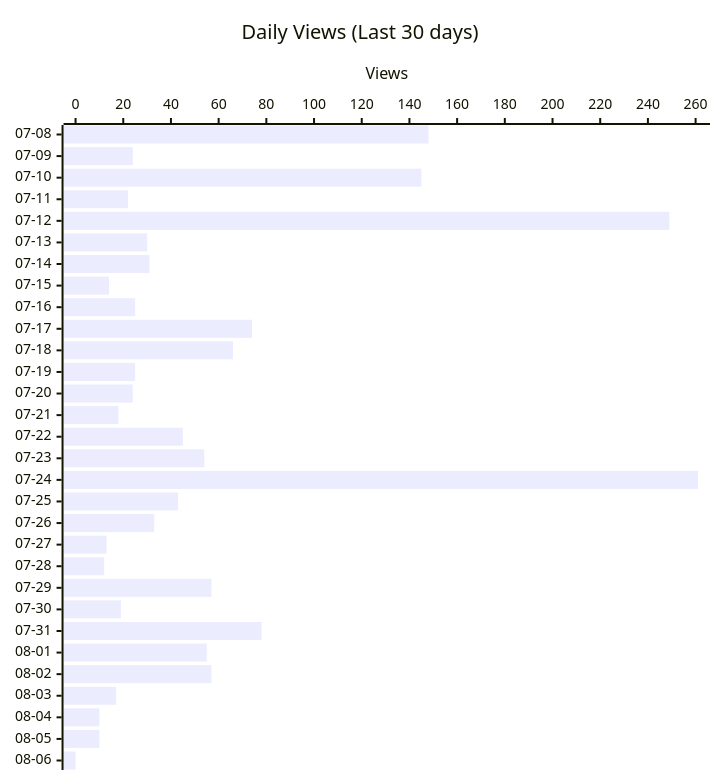
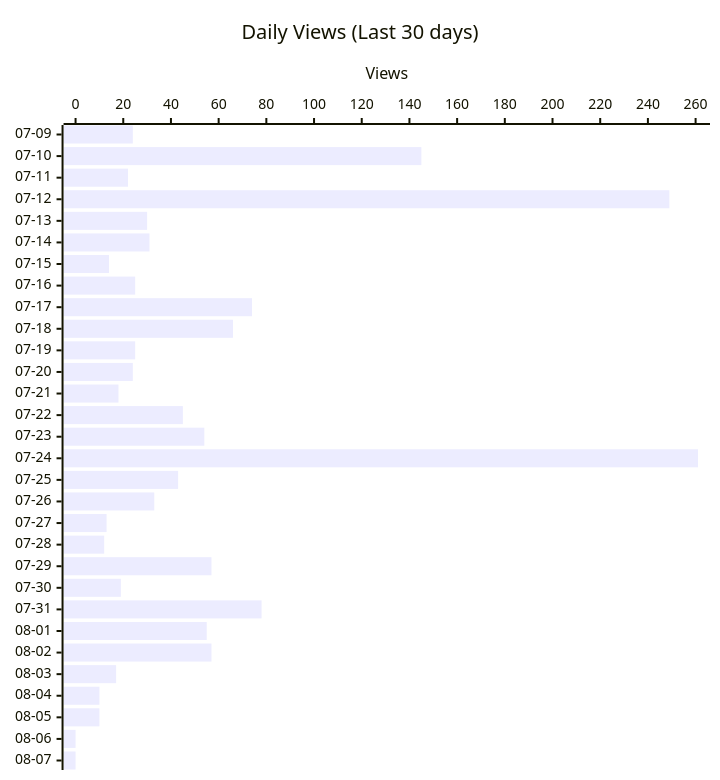
Before and after one commit to shigechika/github-insights: the second of 4 diagrams in README.md, drawn with Mermaid. The commit also changed other lines of this file and 2 other files, not shown here.

````diff
--- a/README.md
+++ b/README.md
@@ -28,12 +28,12 @@
 ```mermaid
 ---
 config:
   xyChart:
     height: 760
 ---
 xychart-beta horizontal
     title "Daily Views (Last 30 days)"
-    x-axis ["07-08", "07-09", "07-10", "07-11", "07-12", "07-13", "07-14", "07-15", "07-16", "07-17", "07-18", "07-19", "07-20", "07-21", "07-22", "07-23", "07-24", "07-25", "07-26", "07-27", "07-28", "07-29", "07-30", "07-31", "08-01", "08-02", "08-03", "08-04", "08-05", "08-06"]
+    x-axis ["07-09", "07-10", "07-11", "07-12", "07-13", "07-14", "07-15", "07-16", "07-17", "07-18", "07-19", "07-20", "07-21", "07-22", "07-23", "07-24", "07-25", "07-26", "07-27", "07-28", "07-29", "07-30", "07-31", "08-01", "08-02", "08-03", "08-04", "08-05", "08-06", "08-07"]
     y-axis "Views"
-    bar [148, 24, 145, 22, 249, 30, 31, 14, 25, 74, 66, 25, 24, 18, 45, 54, 261, 43, 33, 13, 12, 57, 19, 78, 55, 57, 17, 10, 10, 0]
+    bar [24, 145, 22, 249, 30, 31, 14, 25, 74, 66, 25, 24, 18, 45, 54, 261, 43, 33, 13, 12, 57, 19, 78, 55, 57, 17, 10, 10, 0, 0]
 ```
````
